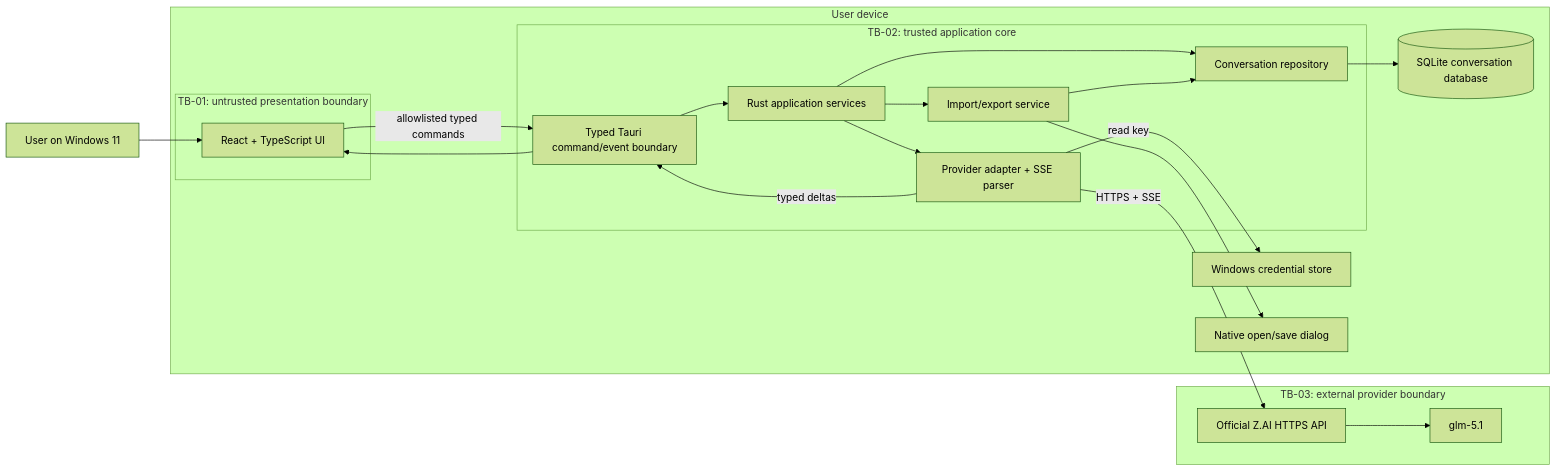
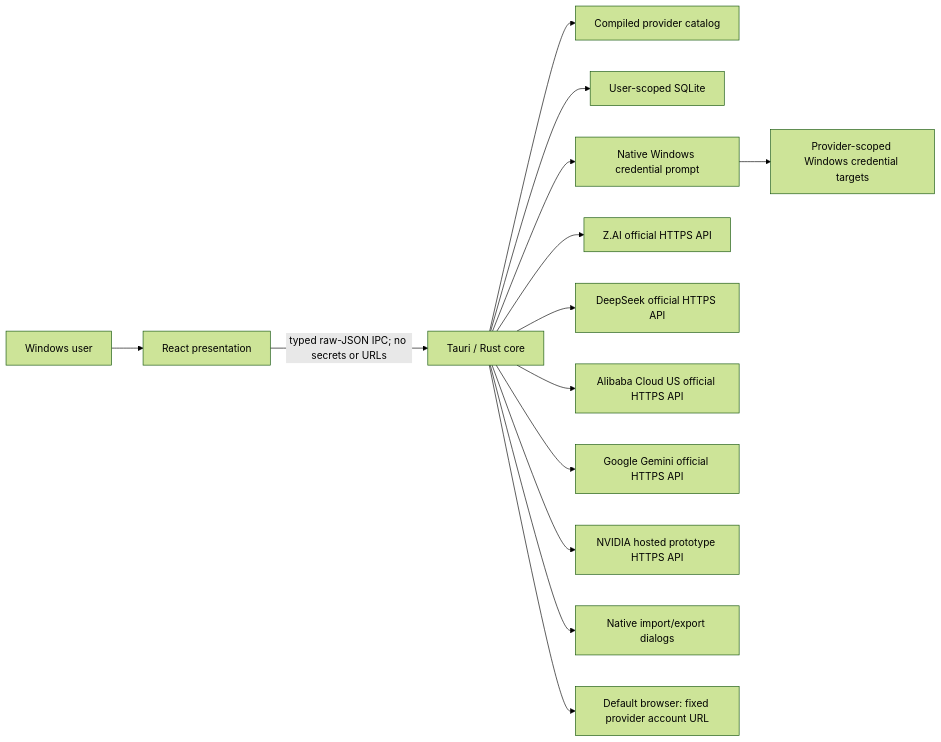
The first of 3 diagrams in docs/architecture.md (renenehru/aster-desktop), drawn with Mermaid (forest theme) before and after one commit. The commit also changed other lines of this file and 32 other files, not shown here.

````diff
--- a/docs/architecture.md
+++ b/docs/architecture.md
@@ -27,42 +23,16 @@
 ```mermaid
 flowchart LR
-    User["User on Windows 11"]
-
-    subgraph Device["User device"]
-        subgraph Webview["TB-01: untrusted presentation boundary"]
-            UI["React + TypeScript UI"]
-        end
-
-        subgraph Core["TB-02: trusted application core"]
-            IPC["Typed Tauri command/event boundary"]
-            App["Rust application services"]
-            Provider["Provider adapter + SSE parser"]
-            Repo["Conversation repository"]
-            Importer["Import/export service"]
-        end
-
-        DB[("SQLite conversation database")]
-        Vault["Windows credential store"]
-        Dialog["Native open/save dialog"]
-    end
-
-    subgraph External["TB-03: external provider boundary"]
-        API["Official Z.AI HTTPS API"]
-        GLM["glm-5.1"]
-    end
-
-    User --> UI
-    UI -->|"allowlisted typed commands"| IPC
-    IPC --> App
-    App --> Provider
-    App --> Repo
-    App --> Importer
-    Provider -->|"read key"| Vault
-    Repo --> DB
-    Importer --> Repo
-    Importer --> Dialog
-    Provider -->|"HTTPS + SSE"| API
-    API --> GLM
-    Provider -->|"typed deltas"| IPC
-    IPC --> UI
+    User["Windows user"] --> UI["React presentation"]
+    UI -->|"typed raw-JSON IPC; no secrets or URLs"| Core["Tauri / Rust core"]
+    Core --> Catalog["Compiled provider catalog"]
+    Core --> DB["User-scoped SQLite"]
+    Core --> Prompt["Native Windows credential prompt"]
+    Prompt --> Vault["Provider-scoped Windows credential targets"]
+    Core --> ZAI["Z.AI official HTTPS API"]
+    Core --> DS["DeepSeek official HTTPS API"]
+    Core --> Ali["Alibaba Cloud US official HTTPS API"]
+    Core --> Google["Google Gemini official HTTPS API"]
+    Core --> Nvidia["NVIDIA hosted prototype HTTPS API"]
+    Core --> Dialog["Native import/export dialogs"]
+    Core --> Browser["Default browser: fixed provider account URL"]
 ```
````
